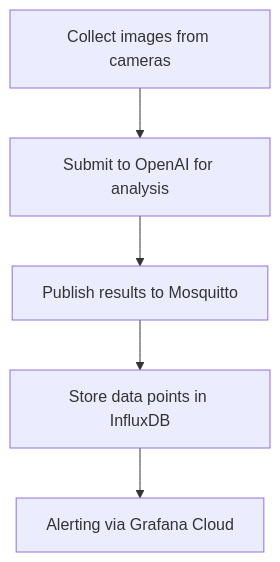
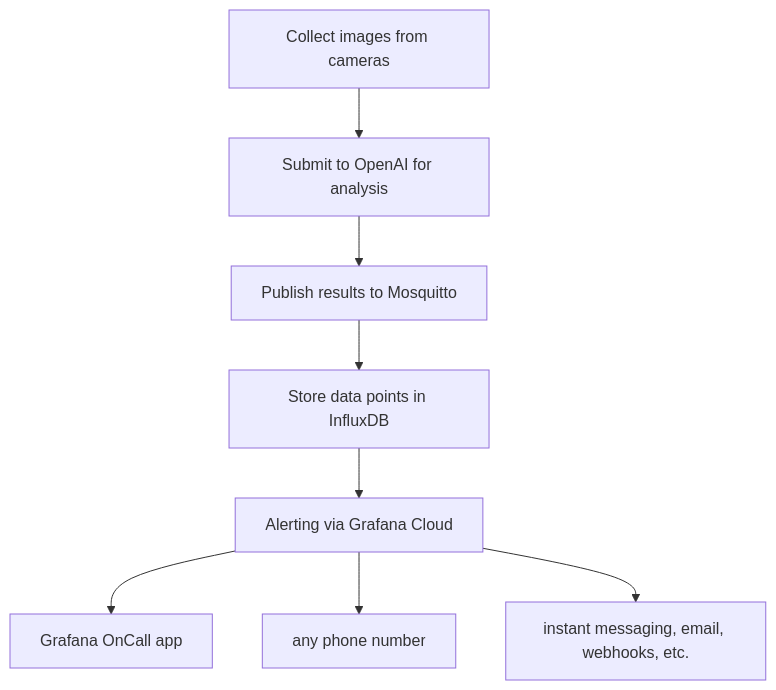
One commit to koo5/hackery2 changed the diagram in data/monitor/README.md. Above: the diagram before and after it, drawn with Mermaid.

````diff
--- a/data/monitor/README.md
+++ b/data/monitor/README.md
@@ -12,7 +12,10 @@
 ```mermaid
 graph TD;
     A[Collect images from cameras] --> C[Submit to OpenAI for analysis]
     C --> D[Publish results to Mosquitto]
     D --> E[Store data points in InfluxDB]
     E --> F[Alerting via Grafana Cloud]
+    F --> G0[Grafana OnCall app]
+    F --> G1[any phone number]
+    F --> G2[instant messaging, email, webhooks, etc.]
 ```
````
